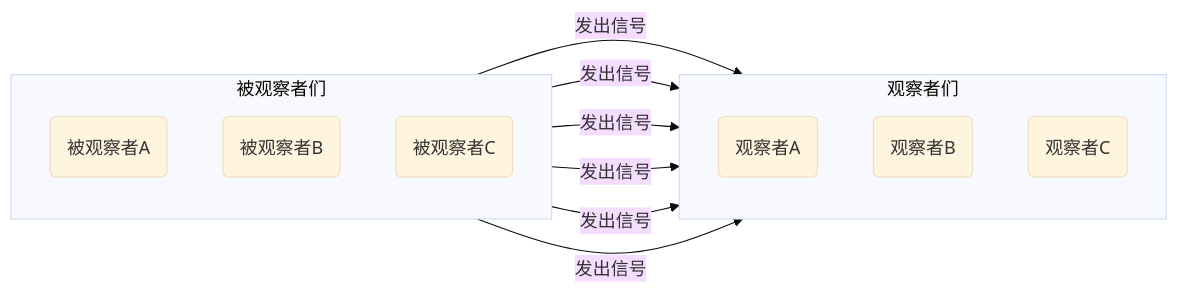
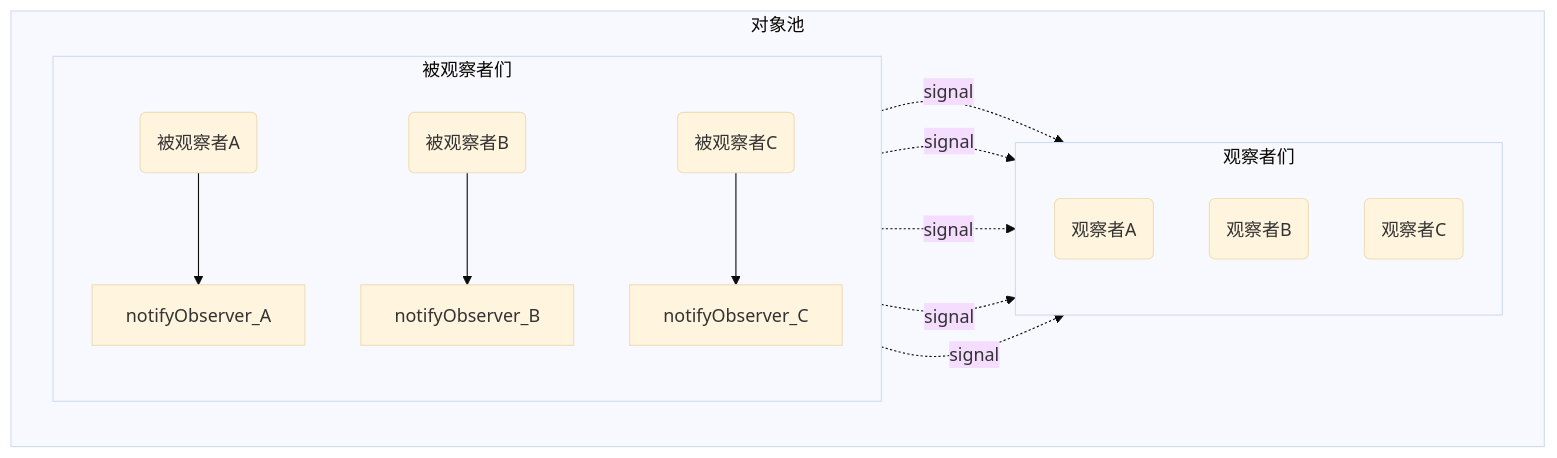
Before and after one commit to Nitrosaccharose/qt-learning-guide: the sixth of 7 diagrams in Qt指南.md, drawn with Mermaid (base theme). The commit also changed other lines of this file and 1 other file, not shown here.

````diff
--- a/Qt指南.md
+++ b/Qt指南.md
@@ -113,21 +214,25 @@
 ```mermaid
 flowchart LR
-subgraph gcz[观察者们]
-    direction TB
-    gczA(观察者A)
-    gczB(观察者B)
-    gczC(观察者C)
+subgraph dx[对象池]
+    direction LR
+    subgraph gcz[观察者们]
+        direction TB
+        gczA(观察者A)
+        gczB(观察者B)
+        gczC(观察者C)
+    end
+    subgraph bgcz[被观察者们]
+        direction TB
+        bgczA(被观察者A) --> notifyObserver_A
+        bgczB(被观察者B) --> notifyObserver_B
+        bgczC(被观察者C) --> notifyObserver_C
+    end
 end
-subgraph bgcz[被观察者们]
-    direction TB
-    bgczA(被观察者A)
-    bgczB(被观察者B)
-    bgczC(被观察者C)
-end
-bgczA --> |发出信号| gczA
-bgczA --> |发出信号| gczB
-bgczA --> |发出信号| gczC
-bgczB --> |发出信号| gczB
-bgczB --> |发出信号| gczC
-bgczC --> |发出信号| gczA
+
+notifyObserver_A -.-> |signal| gczA
+notifyObserver_A -.-> |signal| gczC
+notifyObserver_B -.-> |signal| gczB
+notifyObserver_B -.-> |signal| gczC
+notifyObserver_C -.-> |signal| gczC
+
 ```
````
